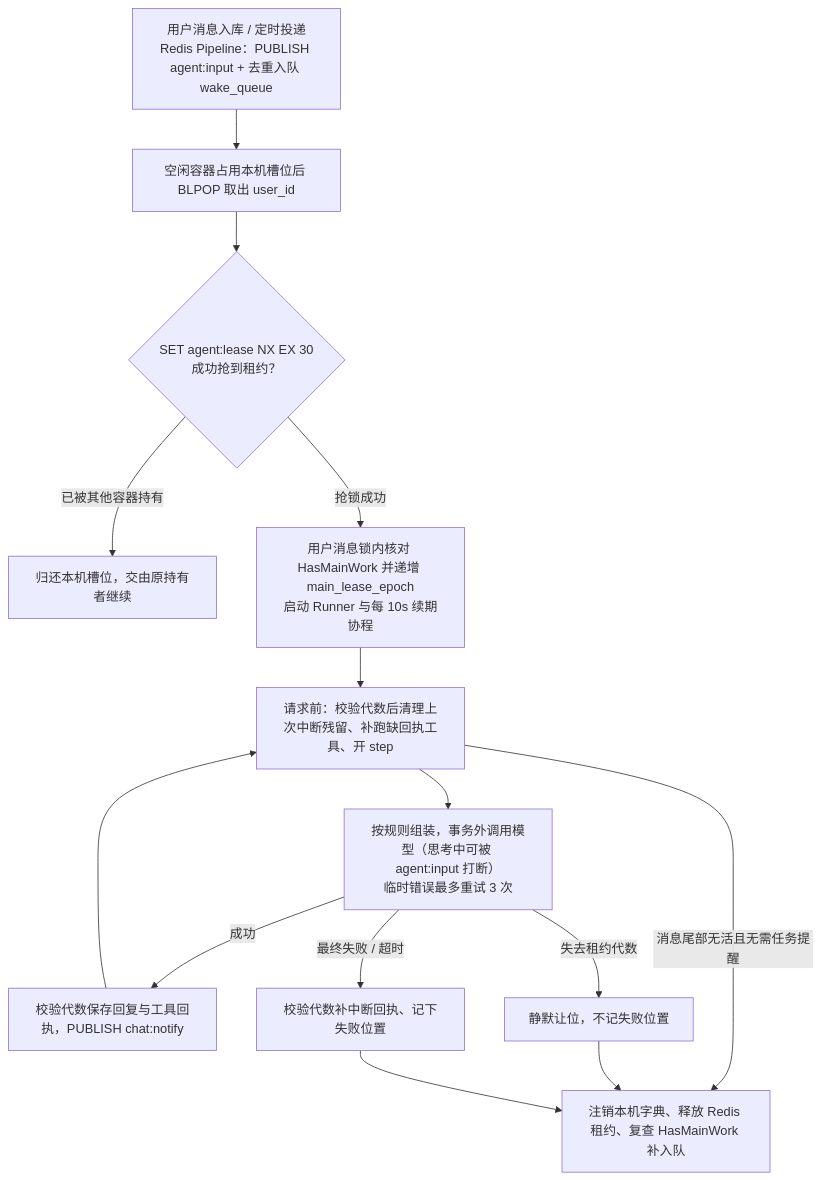
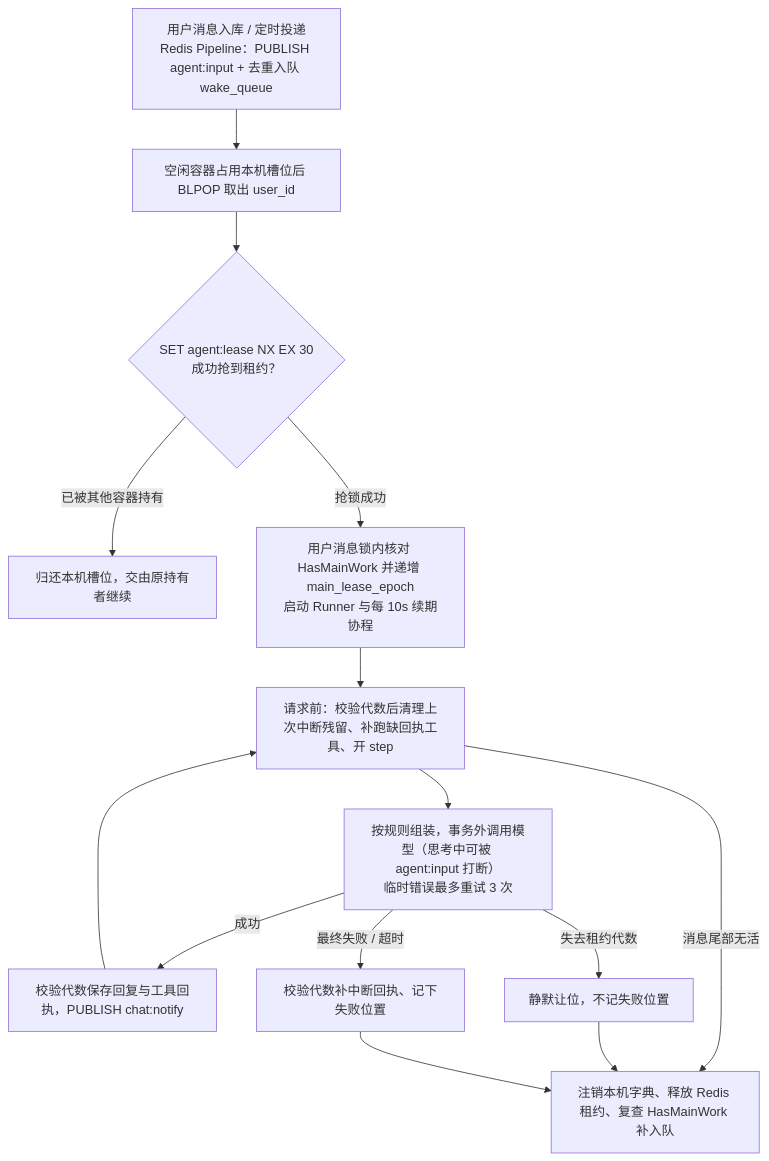
The first of 2 diagrams in docs/wiki/05-main-runtime.md (OmniNetOpensource/aether-personal), drawn with Mermaid before and after one commit. The commit also changed other lines of this file and 8 other files, not shown here.

````diff
--- a/docs/wiki/05-main-runtime.md
+++ b/docs/wiki/05-main-runtime.md
@@ -102,16 +102,16 @@
 ```mermaid
 flowchart TD
     WAKE["用户消息入库 / 定时投递<br/>Redis Pipeline：PUBLISH agent:input + 去重入队 wake_queue"] --> POP["空闲容器占用本机槽位后 BLPOP 取出 user_id"]
     POP --> LEASE{"SET agent:lease NX EX 30<br/>成功抢到租约？"}
     LEASE -->|已被其他容器持有| SKIP["归还本机槽位，交由原持有者继续"]
     LEASE -->|抢锁成功| EPOCH["用户消息锁内核对 HasMainWork 并递增 main_lease_epoch<br/>启动 Runner 与每 10s 续期协程"]
     EPOCH --> RECOVER["请求前：校验代数后清理上次中断残留、补跑缺回执工具、开 step"]
     RECOVER --> CALL["按规则组装，事务外调用模型（思考中可被 agent:input 打断）<br/>临时错误最多重试 3 次"]
     CALL -->|成功| SAVE["校验代数保存回复与工具回执，PUBLISH chat:notify"]
     SAVE --> RECOVER
     CALL -->|失去租约代数| SILENT["静默让位，不记失败位置"]
     CALL -->|最终失败 / 超时| FAIL["校验代数补中断回执、记下失败位置"]
-    RECOVER -->|消息尾部无活且无需任务提醒| RELEASE["注销本机字典、释放 Redis 租约、复查 HasMainWork 补入队"]
+    RECOVER -->|消息尾部无活| RELEASE["注销本机字典、释放 Redis 租约、复查 HasMainWork 补入队"]
     SILENT --> RELEASE
     FAIL --> RELEASE
 ```
````
